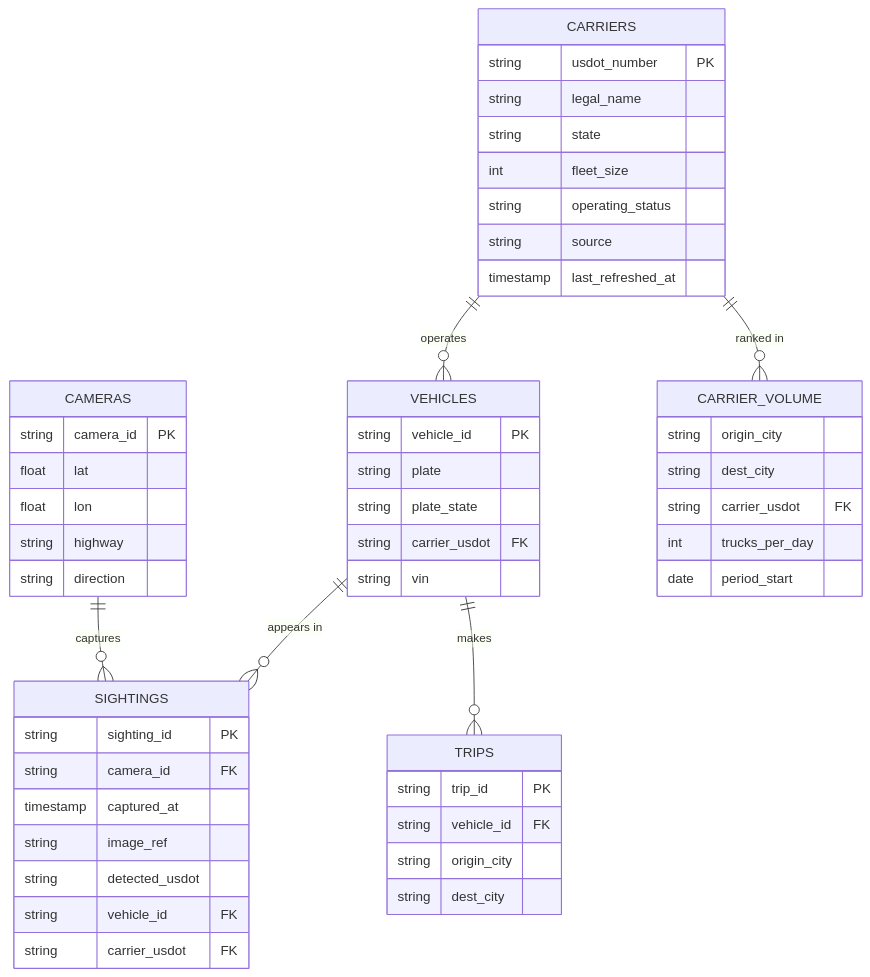
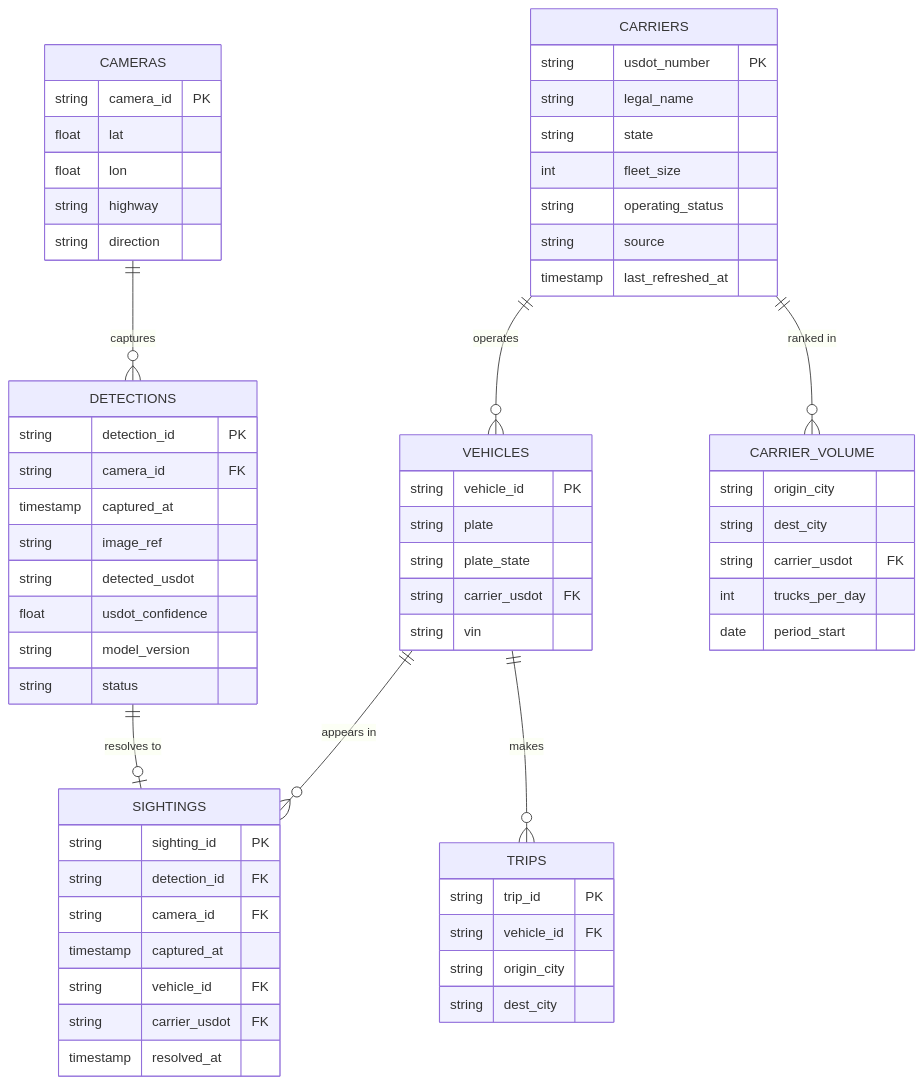
The diagram in docs/DATABASE.md (D4D-AI/genlogs-exercise), drawn with Mermaid before and after one commit. The commit also changed other lines of this file and 1 other file, not shown here.

Commit message:
separate detections into detections + sightings

````diff
--- a/docs/DATABASE.md
+++ b/docs/DATABASE.md
@@ -39,53 +48,64 @@
 ```mermaid
 erDiagram
-  CAMERAS ||--o{ SIGHTINGS : captures
+  CAMERAS ||--o{ DETECTIONS : captures
+  DETECTIONS ||--o| SIGHTINGS : "resolves to"
   VEHICLES ||--o{ SIGHTINGS : "appears in"
   CARRIERS ||--o{ VEHICLES : operates
   CARRIERS ||--o{ CARRIER_VOLUME : "ranked in"
   VEHICLES ||--o{ TRIPS : makes
   CARRIERS {
     string usdot_number PK
     string legal_name
     string state
     int fleet_size
     string operating_status
     string source
     timestamp last_refreshed_at
   }
   VEHICLES {
     string vehicle_id PK
     string plate
     string plate_state
     string carrier_usdot FK
     string vin
   }
   CAMERAS {
     string camera_id PK
     float lat
     float lon
     string highway
     string direction
   }
-  SIGHTINGS {
-    string sighting_id PK
+  DETECTIONS {
+    string detection_id PK
     string camera_id FK
     timestamp captured_at
     string image_ref
     string detected_usdot
+    float usdot_confidence
+    string model_version
+    string status
+  }
+  SIGHTINGS {
+    string sighting_id PK
+    string detection_id FK
+    string camera_id FK
+    timestamp captured_at
     string vehicle_id FK
     string carrier_usdot FK
+    timestamp resolved_at
   }
   CARRIER_VOLUME {
     string origin_city
     string dest_city
     string carrier_usdot FK
     int trucks_per_day
     date period_start
   }
   TRIPS {
     string trip_id PK
     string vehicle_id FK
     string origin_city
     string dest_city
   }
 ```
````
